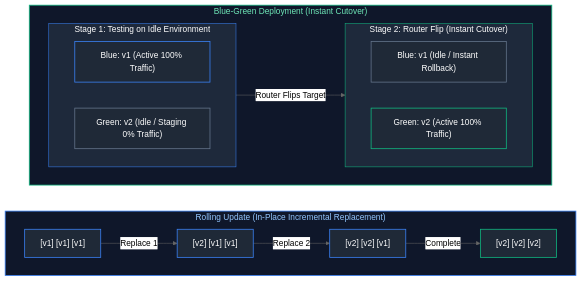
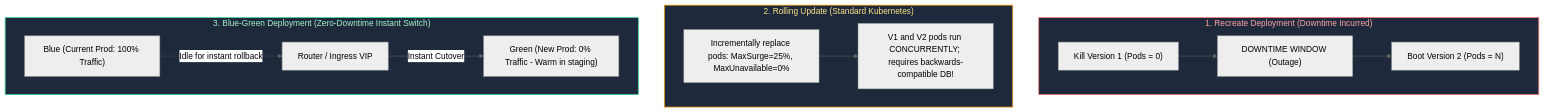
Before and after one commit to joydeep-biswas/Interview-Preparation: the ninth of 13 diagrams in Cloud Engineering/07_cicd_and_release_engineering.md, drawn with Mermaid (neutral theme). The commit also changed other lines of this file and 143 other files, not shown here.

````diff
--- a/Cloud Engineering/07_cicd_and_release_engineering.md
+++ b/Cloud Engineering/07_cicd_and_release_engineering.md
@@ -237,35 +474,23 @@
 ```mermaid
-flowchart LR
-    subgraph Rolling ["Rolling Update (In-Place Incremental Replacement)"]
-        direction LR
-        R1["[v1] [v1] [v1]"] -->|"Replace 1"| R2["[v2] [v1] [v1]"] -->|"Replace 2"| R3["[v2] [v2] [v1]"] -->|"Complete"| R4["[v2] [v2] [v2]"]
+flowchart TD
+    subgraph Recreate ["1. Recreate Deployment (Downtime Incurred)"]
+        D1["Kill Version 1 (Pods = 0)"] --> Downtime["DOWNTIME WINDOW (Outage)"] --> D2["Boot Version 2 (Pods = N)"]
     end
 
-    subgraph BlueGreen ["Blue-Green Deployment (Instant Cutover)"]
-        direction LR
-        subgraph Stage1 ["Stage 1: Testing on Idle Environment"]
-            direction LR
-            B1["Blue: v1 (Active 100% Traffic)"]
-            G1["Green: v2 (Idle / Staging 0% Traffic)"]
-        end
-        subgraph Stage2 ["Stage 2: Router Flip (Instant Cutover)"]
-            direction LR
-            B2["Blue: v1 (Idle / Instant Rollback)"]
-            G2["Green: v2 (Active 100% Traffic)"]
-        end
-        Stage1 -->|"Router Flips Target"| Stage2
+    subgraph Rolling ["2. Rolling Update (Standard Kubernetes)"]
+        R1["Incrementally replace pods: MaxSurge=25%, MaxUnavailable=0%"]
+        R2["V1 and V2 pods run CONCURRENTLY; requires backwards-compatible DB!"]
+        R1 --> R2
     end
 
-    style Rolling fill:#0f172a,stroke:#3b82f6,stroke-width:1.5px,color:#93c5fd
-    style BlueGreen fill:#0f172a,stroke:#10b981,stroke-width:1.5px,color:#6ee7b7
-    style Stage1 fill:#1e293b,stroke:#3b82f6,stroke-width:1px,color:#fff
-    style Stage2 fill:#1e293b,stroke:#10b981,stroke-width:1px,color:#fff
-    style R1 fill:#1f2937,stroke:#3b82f6,stroke-width:1.5px,color:#fff
-    style R2 fill:#1f2937,stroke:#3b82f6,stroke-width:1.5px,color:#fff
-    style R3 fill:#1f2937,stroke:#3b82f6,stroke-width:1.5px,color:#fff
-    style R4 fill:#1f2937,stroke:#10b981,stroke-width:1.5px,color:#fff
-    style B1 fill:#1f2937,stroke:#3b82f6,stroke-width:1.5px,color:#fff
-    style G1 fill:#1f2937,stroke:#64748b,stroke-width:1.5px,color:#fff
-    style B2 fill:#1f2937,stroke:#64748b,stroke-width:1.5px,color:#fff
-    style G2 fill:#1f2937,stroke:#10b981,stroke-width:1.5px,color:#fff
+    subgraph BlueGreen ["3. Blue-Green Deployment (Zero-Downtime Instant Switch)"]
+        BG1["Blue (Current Prod: 100% Traffic)"]
+        BG2["Green (New Prod: 0% Traffic - Warm in staging)"]
+        Router["Router / Ingress VIP"] -->|"Instant Cutover"| BG2
+        BG1 -.->|"Idle for instant rollback"| Router
+    end
+
+    style Recreate fill:#1e293b,stroke:#f87171,stroke-width:1.5px,color:#fca5a5
+    style Rolling fill:#1e293b,stroke:#f59e0b,stroke-width:1.5px,color:#fde68a
+    style BlueGreen fill:#1e293b,stroke:#34d399,stroke-width:1.5px,color:#a7f3d0
 ```
````
